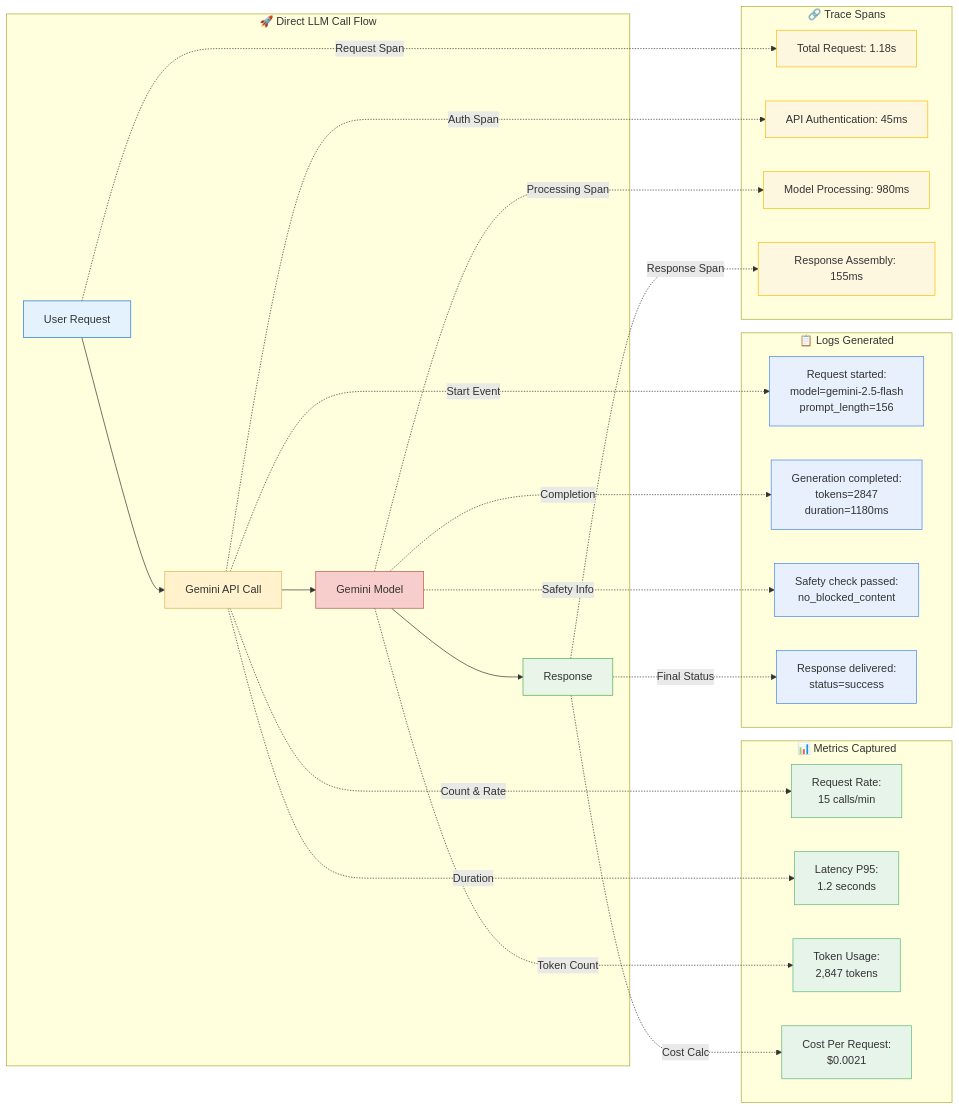
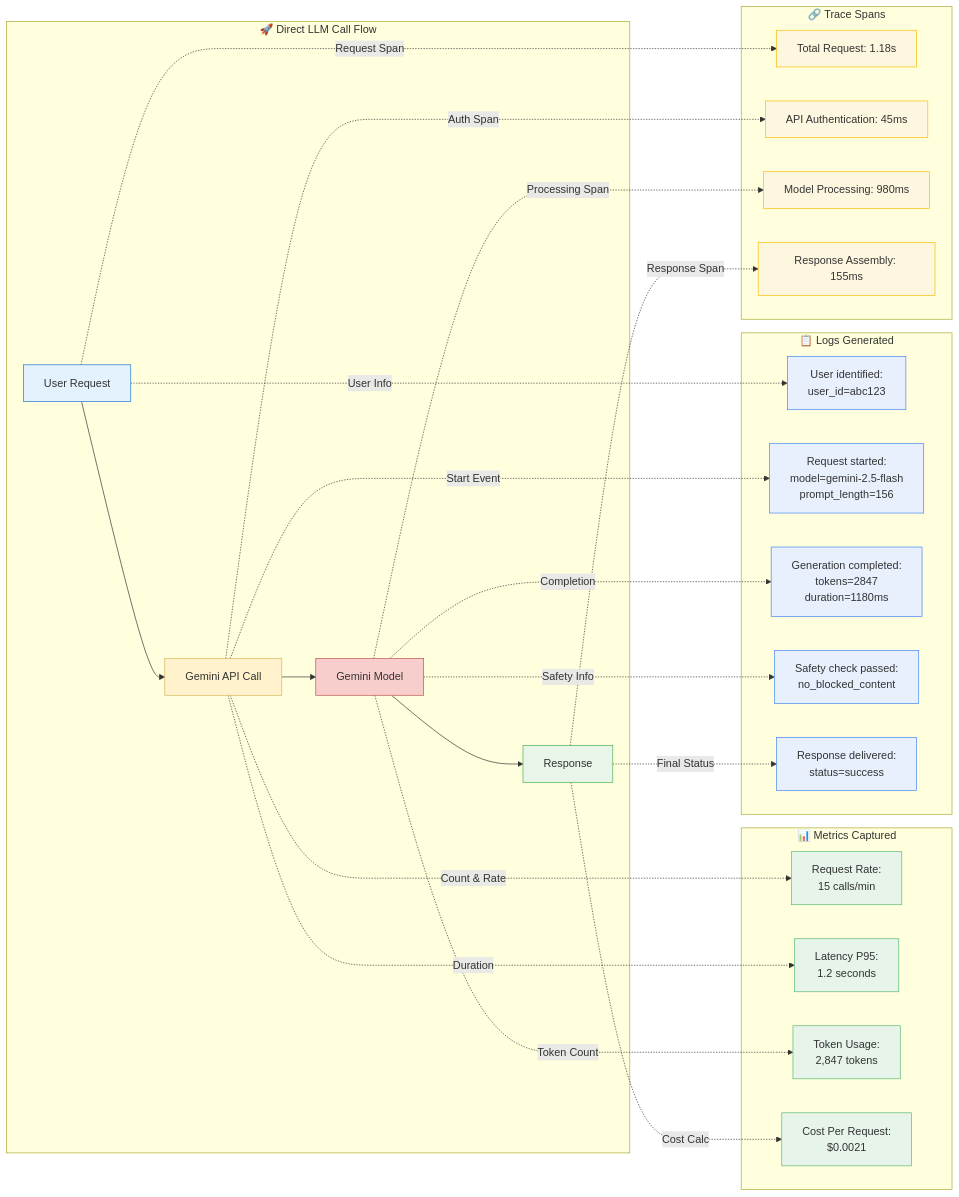
One commit to raphaelmansuy/tutorials changed the second of 7 diagrams in 31_observability_llm_adk_vertex.md. Above: the diagram before and after it, drawn with Mermaid. The commit also changed other lines of this file, not shown here.

Commit message:
Enhance observability guide by updating flowcharts to include request and response logging. Add user identification to logs and improve clarity on the interaction between observability pillars for LLM generation calls.

````diff
--- a/31_observability_llm_adk_vertex.md
+++ b/31_observability_llm_adk_vertex.md
@@ -154,69 +158,72 @@
 ```mermaid
 flowchart LR
     subgraph "🚀 Direct LLM Call Flow"
         USER[User Request]
         API[Gemini API Call]
         MODEL[Gemini Model]
         RESP[Response]
     end
 
     subgraph "📊 Metrics Captured"
         M1[Request Rate:<br/>15 calls/min]
         M2[Latency P95:<br/>1.2 seconds]
         M3[Token Usage:<br/>2,847 tokens]
         M4[Cost Per Request:<br/>$0.0021]
     end
 
     subgraph "📋 Logs Generated"
+        L0["User identified:<br/>user_id=abc123"]
         L1["Request started:<br/>model=gemini-2.5-flash<br/>prompt_length=156"]
         L2["Generation completed:<br/>tokens=2847<br/>duration=1180ms"]
         L3["Safety check passed:<br/>no_blocked_content"]
         L4["Response delivered:<br/>status=success"]
     end
 
     subgraph "🔗 Trace Spans"
         T1[Total Request: 1.18s]
         T2[API Authentication: 45ms]
         T3[Model Processing: 980ms]
         T4[Response Assembly: 155ms]
     end
 
     USER --> API
     API --> MODEL
     MODEL --> RESP
 
     API -.->|Count & Rate| M1
     API -.->|Duration| M2
     MODEL -.->|Token Count| M3
     RESP -.->|Cost Calc| M4
 
+    USER -.->|User Info| L0
     API -.->|Start Event| L1
     MODEL -.->|Completion| L2
     MODEL -.->|Safety Info| L3
     RESP -.->|Final Status| L4
 
     USER -.->|Request Span| T1
     API -.->|Auth Span| T2
     MODEL -.->|Processing Span| T3
     RESP -.->|Response Span| T4
 
     style USER fill:#e3f2fd,stroke:#1976d2
     style API fill:#fff2cc,stroke:#d6b656
     style MODEL fill:#f8cecc,stroke:#b85450
     style RESP fill:#e8f5e8,stroke:#4caf50
     
     style M1 fill:#e6f4ea,stroke:#5bb974
     style M2 fill:#e6f4ea,stroke:#5bb974
     style M3 fill:#e6f4ea,stroke:#5bb974
     style M4 fill:#e6f4ea,stroke:#5bb974
     
+    style L0 fill:#e8f0fe,stroke:#4285f4
     style L1 fill:#e8f0fe,stroke:#4285f4
     style L2 fill:#e8f0fe,stroke:#4285f4
     style L3 fill:#e8f0fe,stroke:#4285f4
     style L4 fill:#e8f0fe,stroke:#4285f4
     
     style T1 fill:#fef7e0,stroke:#fbbc04
     style T2 fill:#fef7e0,stroke:#fbbc04
     style T3 fill:#fef7e0,stroke:#fbbc04
     style T4 fill:#fef7e0,stroke:#fbbc04
 ```
````
